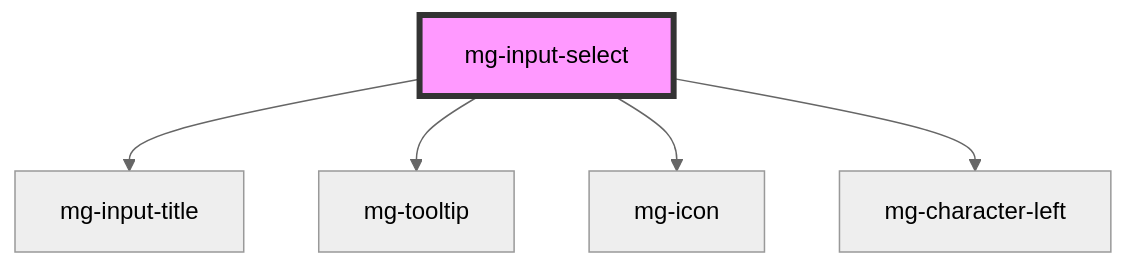
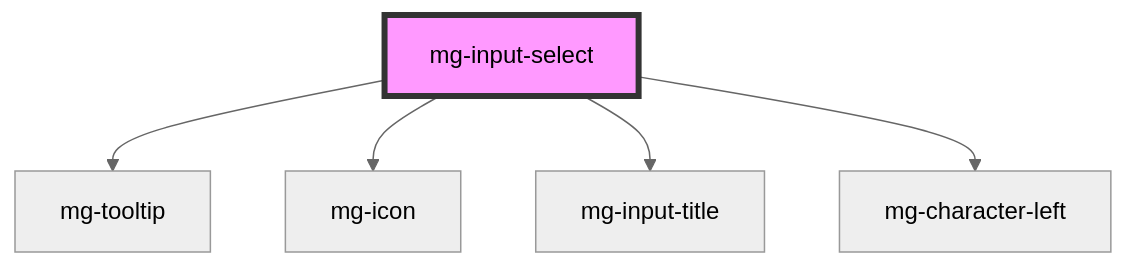
Before and after one commit to MGDIS/mg-components: the diagram in src/components/molecules/inputs/mg-input-select/readme.md, drawn with Mermaid (neutral theme). The commit also changed other lines of this file and 50 other files, not shown here.

````diff
--- a/src/components/molecules/inputs/mg-input-select/readme.md
+++ b/src/components/molecules/inputs/mg-input-select/readme.md
@@ -44,8 +44,8 @@
 ```mermaid
 graph TD;
-  mg-input-select --> mg-input-title
   mg-input-select --> mg-tooltip
   mg-input-select --> mg-icon
+  mg-input-select --> mg-input-title
   mg-input-select --> mg-character-left
   style mg-input-select fill:#f9f,stroke:#333,stroke-width:4px
 ```
````
